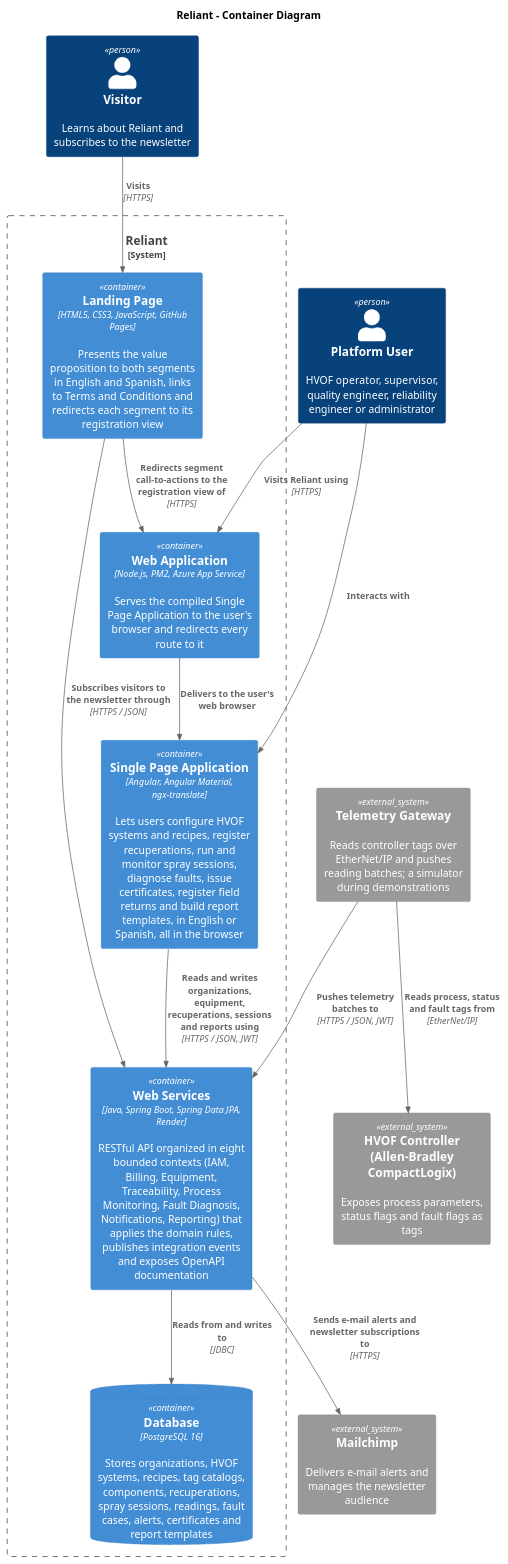
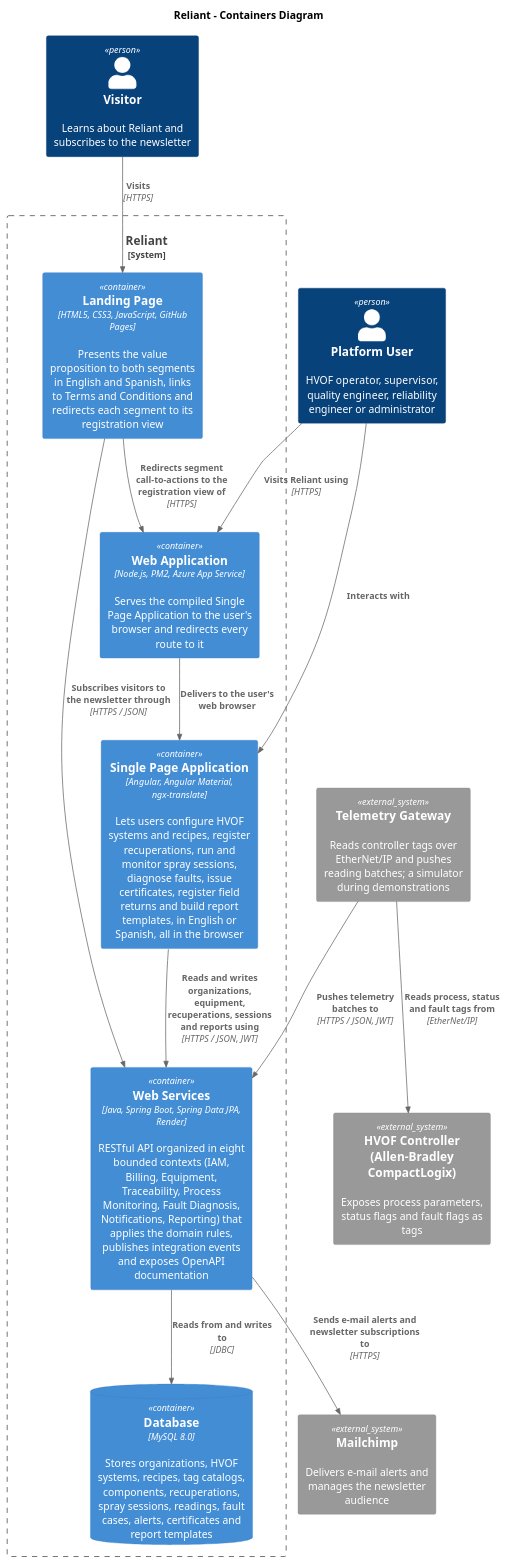
One commit to upc-pre-202620-1asi0729-7753-innovacorp/reliant-report changed the diagram in assets/scripts/chapter-iv/container-diagrams/reliant-container-diagrams.puml. Above: the diagram before and after it, drawn with PlantUML. The commit also changed 61 other files, not shown here.

```diff
--- a/assets/scripts/chapter-iv/container-diagrams/reliant-container-diagrams.puml
+++ b/assets/scripts/chapter-iv/container-diagrams/reliant-container-diagrams.puml
@@ -1,31 +1,31 @@
 @startuml "Containers"
 !includeurl https://raw.githubusercontent.com/plantuml-stdlib/C4-PlantUML/master/C4_Container.puml
 
-title Reliant - Container Diagram
+title Reliant - Containers Diagram
 
 Person(visitor, "Visitor", "Learns about Reliant and subscribes to the newsletter")
 Person(user, "Platform User", "HVOF operator, supervisor, quality engineer, reliability engineer or administrator")
 System_Ext(plc, "HVOF Controller (Allen-Bradley CompactLogix)", "Exposes process parameters, status flags and fault flags as tags")
 System_Ext(gateway, "Telemetry Gateway", "Reads controller tags over EtherNet/IP and pushes reading batches; a simulator during demonstrations")
 System_Ext(mailchimp, "Mailchimp", "Delivers e-mail alerts and manages the newsletter audience")
 
 System_Boundary(reliant, "Reliant") {
     Container(landing, "Landing Page", "HTML5, CSS3, JavaScript, GitHub Pages", "Presents the value proposition to both segments in English and Spanish, links to Terms and Conditions and redirects each segment to its registration view")
     Container(webapp, "Web Application", "Node.js, PM2, Azure App Service", "Serves the compiled Single Page Application to the user's browser and redirects every route to it")
     Container(spa, "Single Page Application", "Angular, Angular Material, ngx-translate", "Lets users configure HVOF systems and recipes, register recuperations, run and monitor spray sessions, diagnose faults, issue certificates, register field returns and build report templates, in English or Spanish, all in the browser")
     Container(api, "Web Services", "Java, Spring Boot, Spring Data JPA, Render", "RESTful API organized in eight bounded contexts (IAM, Billing, Equipment, Traceability, Process Monitoring, Fault Diagnosis, Notifications, Reporting) that applies the domain rules, publishes integration events and exposes OpenAPI documentation")
-    ContainerDb(db, "Database", "PostgreSQL 16", "Stores organizations, HVOF systems, recipes, tag catalogs, components, recuperations, spray sessions, readings, fault cases, alerts, certificates and report templates")
+    ContainerDb(db, "Database", "MySQL 8.0", "Stores organizations, HVOF systems, recipes, tag catalogs, components, recuperations, spray sessions, readings, fault cases, alerts, certificates and report templates")
 }
 
 Rel(visitor, landing, "Visits", "HTTPS")
 Rel(landing, webapp, "Redirects segment call-to-actions to the registration view of", "HTTPS")
 Rel(landing, api, "Subscribes visitors to the newsletter through", "HTTPS / JSON")
 Rel(user, webapp, "Visits Reliant using", "HTTPS")
 Rel(webapp, spa, "Delivers to the user's web browser")
 Rel(user, spa, "Interacts with")
 Rel(spa, api, "Reads and writes organizations, equipment, recuperations, sessions and reports using", "HTTPS / JSON, JWT")
 Rel(api, db, "Reads from and writes to", "JDBC")
 Rel(gateway, plc, "Reads process, status and fault tags from", "EtherNet/IP")
 Rel(gateway, api, "Pushes telemetry batches to", "HTTPS / JSON, JWT")
 Rel(api, mailchimp, "Sends e-mail alerts and newsletter subscriptions to", "HTTPS")
 @enduml
```
